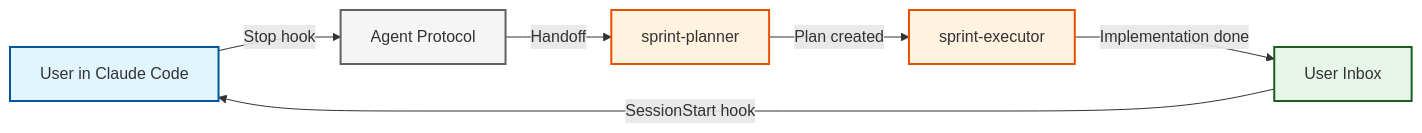
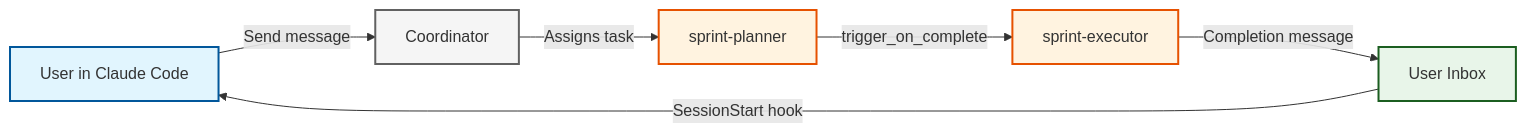
One commit to sunholo-data/ailang changed the diagram in docs/docs/guides/claude-code-integration.mdx. Above: the diagram before and after it, drawn with Mermaid. The commit also changed other lines of this file and 76 other files, not shown here.

````diff
--- a/docs/docs/guides/claude-code-integration.mdx
+++ b/docs/docs/guides/claude-code-integration.mdx
@@ -46,14 +44,14 @@
 ```mermaid
 graph LR
-    A["User in Claude Code"] -->|"Stop hook"| B["Agent Protocol"]
-    B -->|"Handoff"| C["sprint-planner"]
-    C -->|"Plan created"| D["sprint-executor"]
-    D -->|"Implementation done"| E["User Inbox"]
+    A["User in Claude Code"] -->|"Send message"| B["Coordinator"]
+    B -->|"Assigns task"| C["sprint-planner"]
+    C -->|"trigger_on_complete"| D["sprint-executor"]
+    D -->|"Completion message"| E["User Inbox"]
     E -->|"SessionStart hook"| A
 
     style A fill:#e1f5fe,stroke:#01579b,stroke-width:2px
     style B fill:#f5f5f5,stroke:#616161,stroke-width:2px
     style C fill:#fff3e0,stroke:#e65100,stroke-width:2px
     style D fill:#fff3e0,stroke:#e65100,stroke-width:2px
     style E fill:#e8f5e9,stroke:#1b5e20,stroke-width:2px
 ```
````
